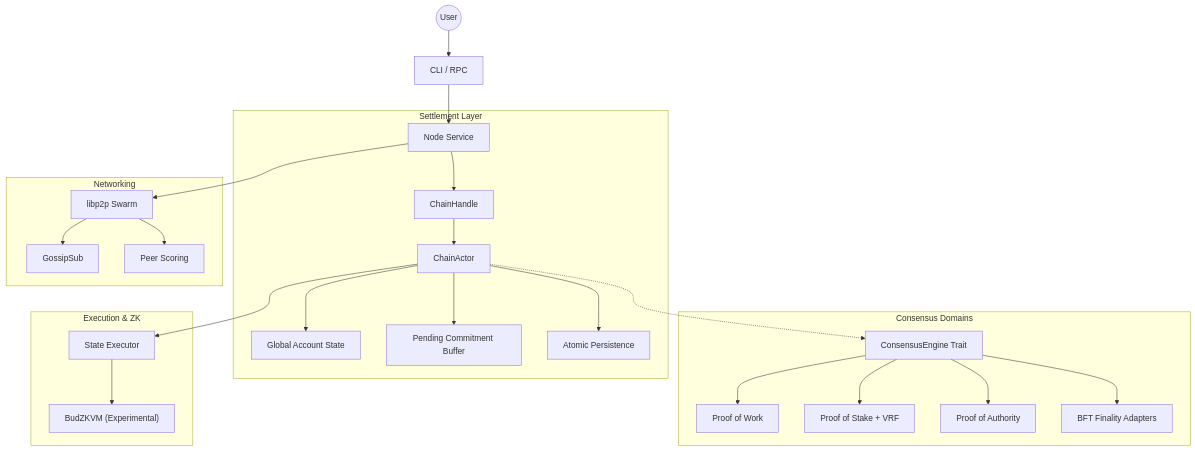
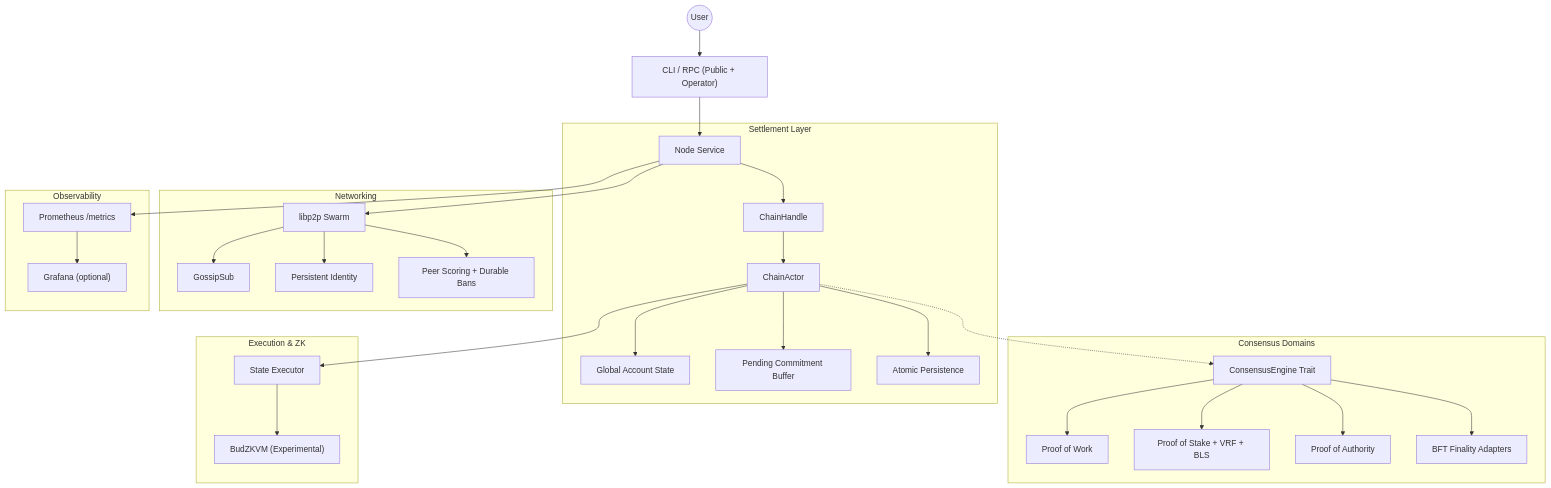
The diagram in README.md (Budlum/BudChain), drawn with Mermaid before and after one commit. The commit also changed other lines of this file and 34 other files, not shown here.

Commit message:
feat: complete BLS finality, RPC/P2P/Snapshot V2 hardening with live metrics and deployment packaging

````diff
--- a/README.md
+++ b/README.md
@@ -42,32 +45,38 @@
 ```mermaid
 graph TD
-    User(("User")) --> CLI["CLI / RPC"]
+    User(("User")) --> CLI["CLI / RPC (Public + Operator)"]
     CLI --> Node["Node Service"]
 
     subgraph "Settlement Layer"
         Node --> ChainHandle["ChainHandle"]
         ChainHandle --> ChainActor["ChainActor"]
         ChainActor --> State["Global Account State"]
         ChainActor --> Buffer["Pending Commitment Buffer"]
         ChainActor --> Storage["Atomic Persistence"]
     end
 
     subgraph "Consensus Domains"
         ChainActor -.-> Engine["ConsensusEngine Trait"]
         Engine --> PoW["Proof of Work"]
-        Engine --> PoS["Proof of Stake + VRF"]
+        Engine --> PoS["Proof of Stake + VRF + BLS"]
         Engine --> PoA["Proof of Authority"]
         Engine --> BFT["BFT Finality Adapters"]
     end
 
     subgraph "Execution & ZK"
         ChainActor --> Executor["State Executor"]
         Executor --> ZKVM["BudZKVM (Experimental)"]
     end
 
     subgraph "Networking"
         Node --> Libp2p["libp2p Swarm"]
         Libp2p --> Gossip["GossipSub"]
-        Libp2p --> Reputation["Peer Scoring"]
+        Libp2p --> Identity["Persistent Identity"]
+        Libp2p --> Reputation["Peer Scoring + Durable Bans"]
+    end
+
+    subgraph "Observability"
+        Node --> Metrics["Prometheus /metrics"]
+        Metrics --> Grafana["Grafana (optional)"]
     end
 ```
````
